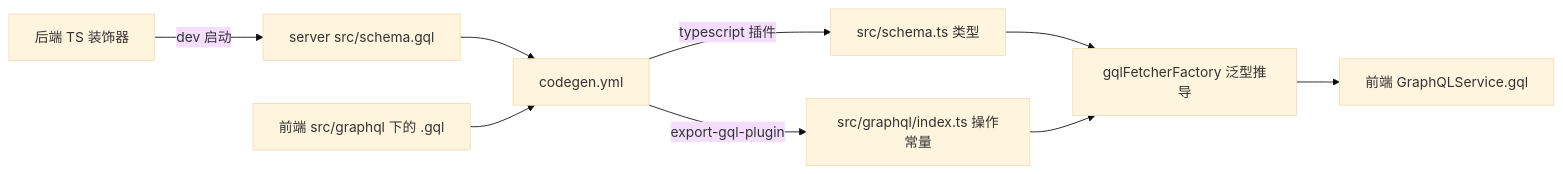
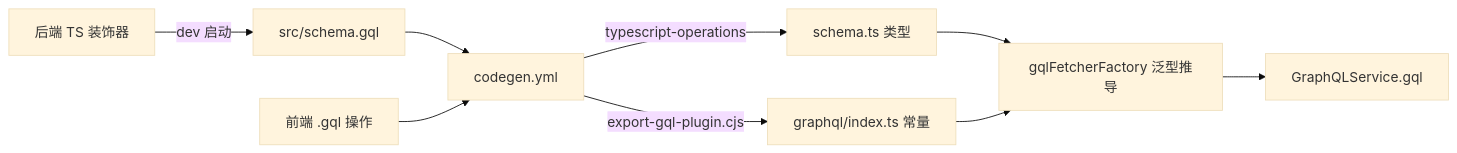
Before and after one commit to lfire/AFFiNE: the second of 5 diagrams in learning-guide/slides/decks/23.md, drawn with Mermaid (base theme). The commit also changed other lines of this file and 46 other files, not shown here.

````diff
--- a/learning-guide/slides/decks/23.md
+++ b/learning-guide/slides/decks/23.md
@@ -151,11 +143,11 @@
 ```mermaid
 flowchart LR
-    A["后端 TS 装饰器"] -->|dev 启动| B["server src/schema.gql"]
-    B --> C["codegen.yml"]
-    D["前端 src/graphql 下的 .gql"] --> C
-    C -->|typescript 插件| E["src/schema.ts 类型"]
-    C -->|export-gql-plugin| F["src/graphql/index.ts 操作常量"]
-    E --> G["gqlFetcherFactory 泛型推导"]
-    F --> G
-    G --> H["前端 GraphQLService.gql"]
+  A["后端 TS 装饰器"] -->|"dev 启动"| B["src/schema.gql"]
+  B --> C["codegen.yml"]
+  D["前端 .gql 操作"] --> C
+  C -->|"typescript-operations"| E["schema.ts 类型"]
+  C -->|"export-gql-plugin.cjs"| F["graphql/index.ts 常量"]
+  E --> G["gqlFetcherFactory 泛型推导"]
+  F --> G
+  G --> H["GraphQLService.gql"]
 ```
````
